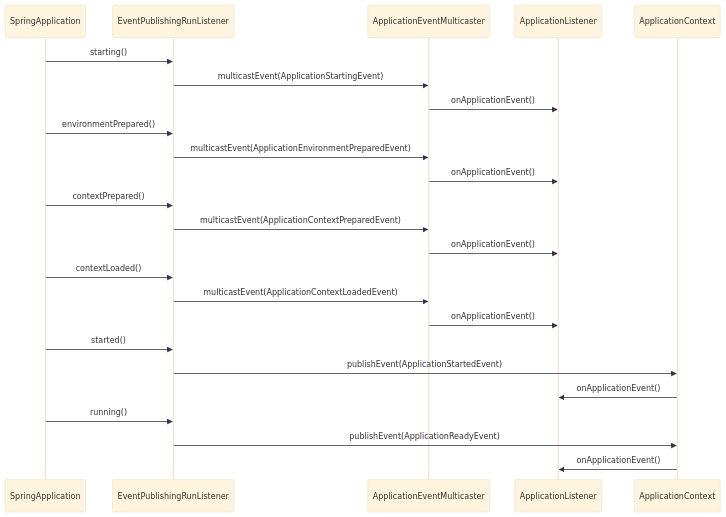
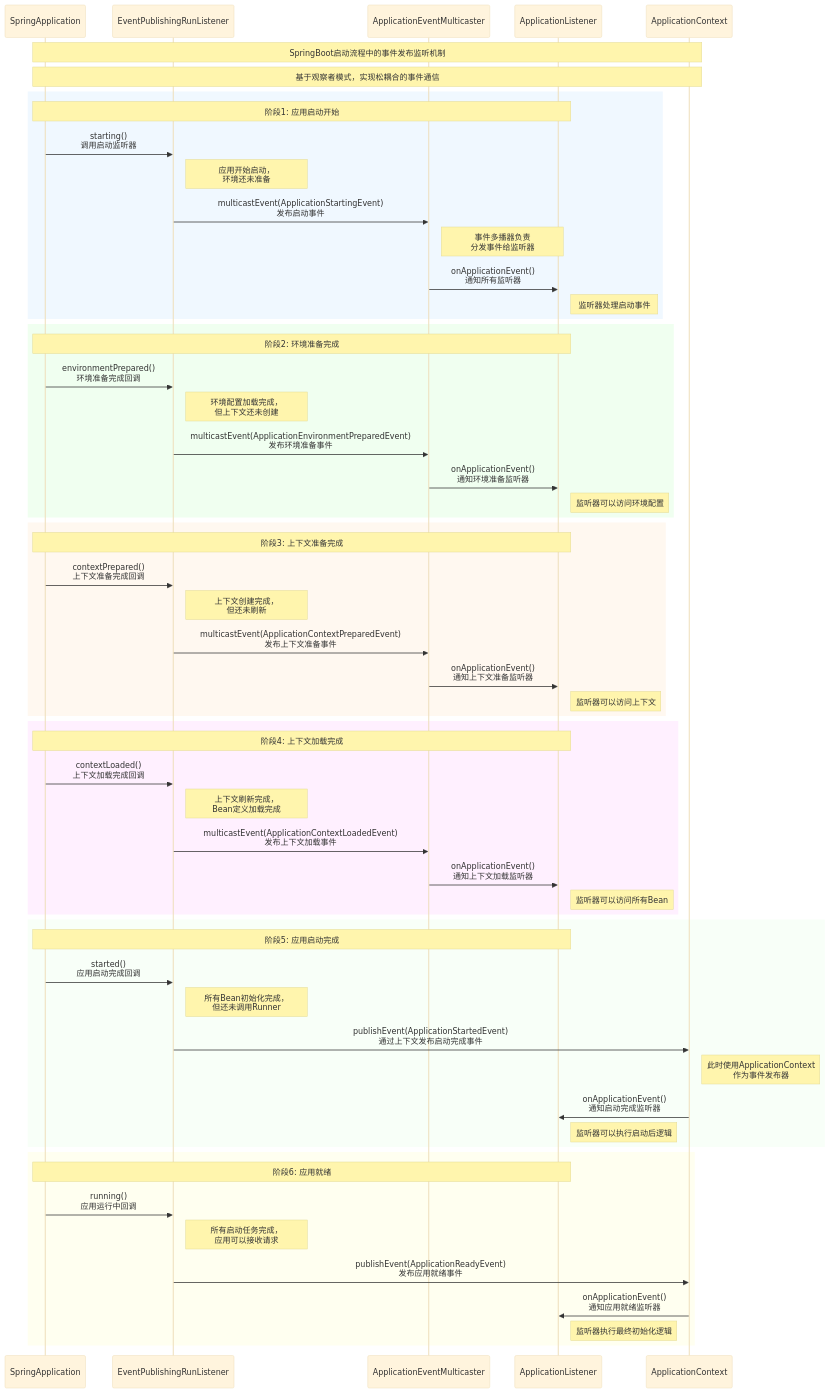
Before and after one commit to yetiKnight/springboot-learning: the first of 9 diagrams in docs/启动流程/SpringBoot启动流程-事件发布监听机制-完整指南.md, drawn with Mermaid (base theme). The commit also changed other lines of this file and 2 other files, not shown here.

````diff
--- a/docs/启动流程/SpringBoot启动流程-事件发布监听机制-完整指南.md
+++ b/docs/启动流程/SpringBoot启动流程-事件发布监听机制-完整指南.md
@@ -17,32 +17,67 @@
 ```mermaid
 sequenceDiagram
     participant SA as SpringApplication
     participant EPRL as EventPublishingRunListener
     participant AEM as ApplicationEventMulticaster
     participant AL as ApplicationListener
     participant AC as ApplicationContext
 
-    SA->>EPRL: starting()
-    EPRL->>AEM: multicastEvent(ApplicationStartingEvent)
-    AEM->>AL: onApplicationEvent()
+    Note over SA,AC: SpringBoot启动流程中的事件发布监听机制
+    Note over SA,AC: 基于观察者模式，实现松耦合的事件通信
 
-    SA->>EPRL: environmentPrepared()
-    EPRL->>AEM: multicastEvent(ApplicationEnvironmentPreparedEvent)
-    AEM->>AL: onApplicationEvent()
+    rect rgb(240, 248, 255)
+        Note over SA,AL: 阶段1: 应用启动开始
+        SA->>EPRL: starting()<br/>调用启动监听器
+        Note right of EPRL: 应用开始启动，<br/>环境还未准备
+        EPRL->>AEM: multicastEvent(ApplicationStartingEvent)<br/>发布启动事件
+        Note right of AEM: 事件多播器负责<br/>分发事件给监听器
+        AEM->>AL: onApplicationEvent()<br/>通知所有监听器
+        Note right of AL: 监听器处理启动事件
+    end
 
-    SA->>EPRL: contextPrepared()
-    EPRL->>AEM: multicastEvent(ApplicationContextPreparedEvent)
-    AEM->>AL: onApplicationEvent()
+    rect rgb(240, 255, 240)
+        Note over SA,AL: 阶段2: 环境准备完成
+        SA->>EPRL: environmentPrepared()<br/>环境准备完成回调
+        Note right of EPRL: 环境配置加载完成，<br/>但上下文还未创建
+        EPRL->>AEM: multicastEvent(ApplicationEnvironmentPreparedEvent)<br/>发布环境准备事件
+        AEM->>AL: onApplicationEvent()<br/>通知环境准备监听器
+        Note right of AL: 监听器可以访问环境配置
+    end
 
-    SA->>EPRL: contextLoaded()
-    EPRL->>AEM: multicastEvent(ApplicationContextLoadedEvent)
-    AEM->>AL: onApplicationEvent()
+    rect rgb(255, 248, 240)
+        Note over SA,AL: 阶段3: 上下文准备完成
+        SA->>EPRL: contextPrepared()<br/>上下文准备完成回调
+        Note right of EPRL: 上下文创建完成，<br/>但还未刷新
+        EPRL->>AEM: multicastEvent(ApplicationContextPreparedEvent)<br/>发布上下文准备事件
+        AEM->>AL: onApplicationEvent()<br/>通知上下文准备监听器
+        Note right of AL: 监听器可以访问上下文
+    end
 
-    SA->>EPRL: started()
-    EPRL->>AC: publishEvent(ApplicationStartedEvent)
-    AC->>AL: onApplicationEvent()
+    rect rgb(255, 240, 255)
+        Note over SA,AL: 阶段4: 上下文加载完成
+        SA->>EPRL: contextLoaded()<br/>上下文加载完成回调
+        Note right of EPRL: 上下文刷新完成，<br/>Bean定义加载完成
+        EPRL->>AEM: multicastEvent(ApplicationContextLoadedEvent)<br/>发布上下文加载事件
+        AEM->>AL: onApplicationEvent()<br/>通知上下文加载监听器
+        Note right of AL: 监听器可以访问所有Bean
+    end
 
-    SA->>EPRL: running()
-    EPRL->>AC: publishEvent(ApplicationReadyEvent)
-    AC->>AL: onApplicationEvent()
+    rect rgb(248, 255, 248)
+        Note over SA,AL: 阶段5: 应用启动完成
+        SA->>EPRL: started()<br/>应用启动完成回调
+        Note right of EPRL: 所有Bean初始化完成，<br/>但还未调用Runner
+        EPRL->>AC: publishEvent(ApplicationStartedEvent)<br/>通过上下文发布启动完成事件
+        Note right of AC: 此时使用ApplicationContext<br/>作为事件发布器
+        AC->>AL: onApplicationEvent()<br/>通知启动完成监听器
+        Note right of AL: 监听器可以执行启动后逻辑
+    end
+
+    rect rgb(255, 255, 240)
+        Note over SA,AL: 阶段6: 应用就绪
+        SA->>EPRL: running()<br/>应用运行中回调
+        Note right of EPRL: 所有启动任务完成，<br/>应用可以接收请求
+        EPRL->>AC: publishEvent(ApplicationReadyEvent)<br/>发布应用就绪事件
+        AC->>AL: onApplicationEvent()<br/>通知应用就绪监听器
+        Note right of AL: 监听器执行最终初始化逻辑
+    end
 ```
````
